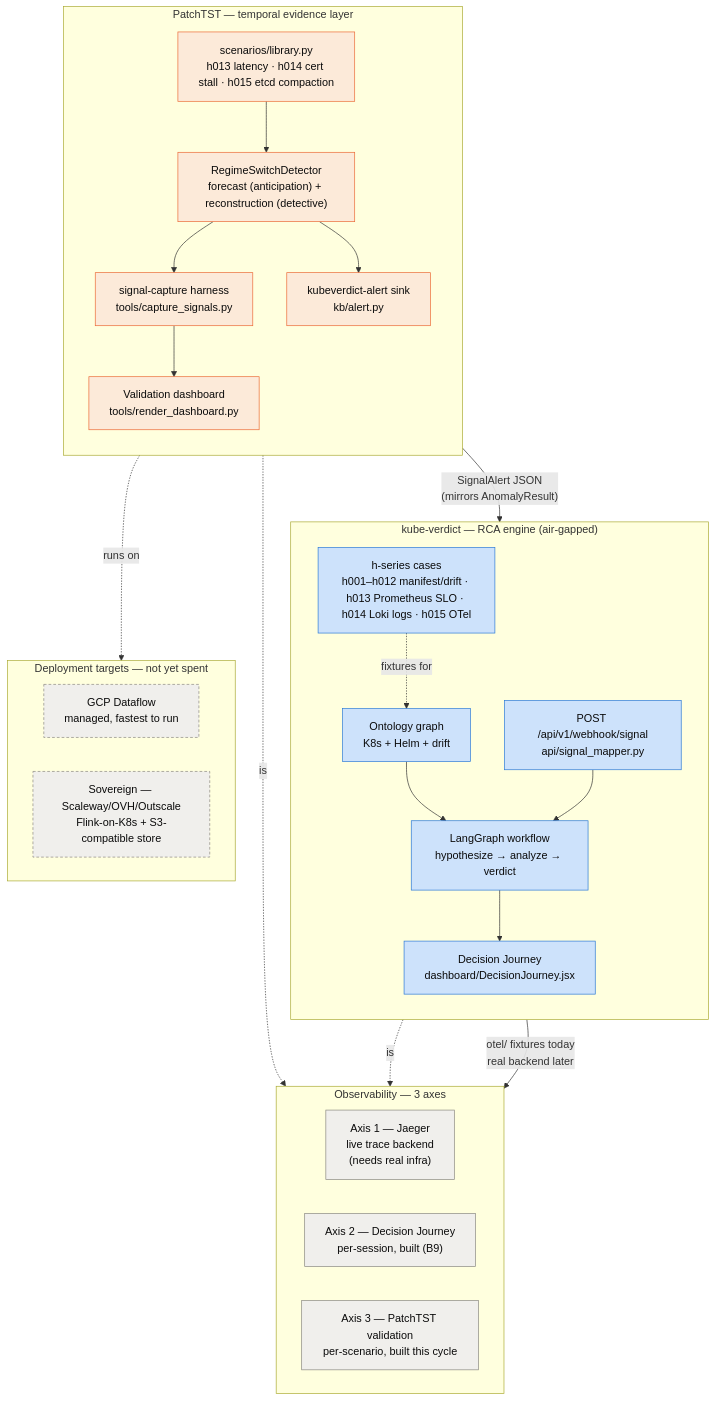
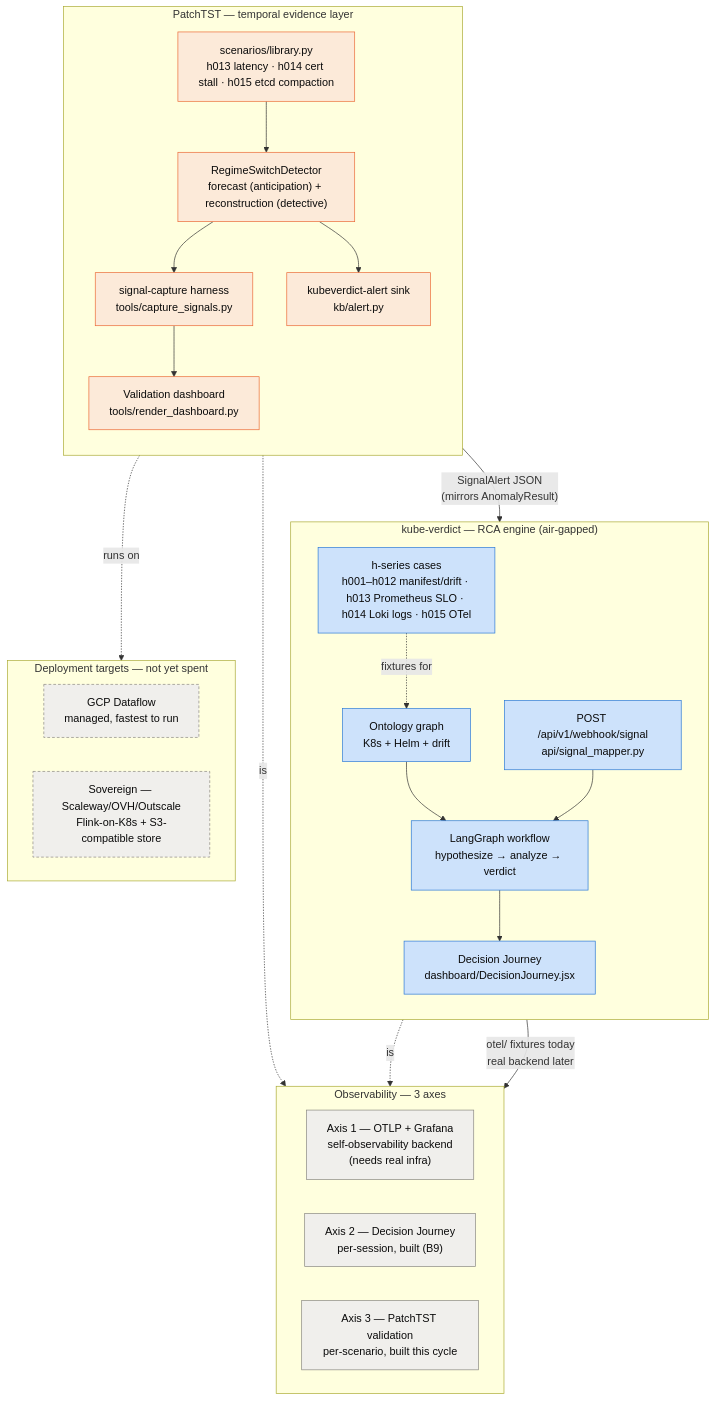
One commit to a1h8/kube-verdict changed the diagram in docs/kubeverdict-patchtst-map.md. Above: the diagram before and after it, drawn with Mermaid. The commit also changed other lines of this file and 3 other files, not shown here.

````diff
--- a/docs/kubeverdict-patchtst-map.md
+++ b/docs/kubeverdict-patchtst-map.md
@@ -9,58 +9,58 @@
 ```mermaid
 flowchart TB
     subgraph KV["kube-verdict — RCA engine (air-gapped)"]
         direction TB
         KVG["Ontology graph<br/>K8s + Helm + drift"]
         KVW["LangGraph workflow<br/>hypothesize → analyze → verdict"]
         KVH["h-series cases<br/>h001–h012 manifest/drift · h013 Prometheus SLO · h014 Loki logs · h015 OTel"]
         KVWH["POST /api/v1/webhook/signal<br/>api/signal_mapper.py"]
         KVDJ["Decision Journey<br/>dashboard/DecisionJourney.jsx"]
         KVG --> KVW
         KVH -.fixtures for.-> KVG
         KVWH --> KVW
         KVW --> KVDJ
     end
 
     subgraph PT["PatchTST — temporal evidence layer"]
         direction TB
         PTD["RegimeSwitchDetector<br/>forecast (anticipation) + reconstruction (detective)"]
         PTS["scenarios/library.py<br/>h013 latency · h014 cert stall · h015 etcd compaction"]
         PTA["kubeverdict-alert sink<br/>kb/alert.py"]
         PTV["signal-capture harness<br/>tools/capture_signals.py"]
         PTDB["Validation dashboard<br/>tools/render_dashboard.py"]
         PTS --> PTD
         PTD --> PTV
         PTV --> PTDB
         PTD --> PTA
     end
 
     PTA -- "SignalAlert JSON<br/>(mirrors AnomalyResult)" --> KVWH
 
     subgraph OBS["Observability — 3 axes"]
         direction LR
-        AX1["Axis 1 — Jaeger<br/>live trace backend<br/>(needs real infra)"]
+        AX1["Axis 1 — OTLP + Grafana<br/>self-observability backend<br/>(needs real infra)"]
         AX2["Axis 2 — Decision Journey<br/>per-session, built (B9)"]
         AX3["Axis 3 — PatchTST validation<br/>per-scenario, built this cycle"]
     end
 
     KVDJ -.is.-> AX2
     PTDB -.is.-> AX3
     KVH -- "otel/ fixtures today<br/>real backend later" --> AX1
 
     subgraph DEPLOY["Deployment targets — not yet spent"]
         direction LR
         GCP["GCP Dataflow<br/>managed, fastest to run"]
         SOV["Sovereign — Scaleway/OVH/Outscale<br/>Flink-on-K8s + S3-compatible store"]
     end
 
     PT -.runs on.-> DEPLOY
 
     classDef kv fill:#cde2fb,stroke:#2a78d6,color:#0b0b0b;
     classDef pt fill:#fcead9,stroke:#eb6834,color:#0b0b0b;
     classDef obs fill:#f0efec,stroke:#898781,color:#0b0b0b;
     classDef deploy fill:#f0efec,stroke:#898781,color:#0b0b0b,stroke-dasharray: 4 3;
     class KVG,KVW,KVH,KVWH,KVDJ kv;
     class PTD,PTS,PTA,PTV,PTDB pt;
     class AX1,AX2,AX3 obs;
     class GCP,SOV deploy;
 ```
````
